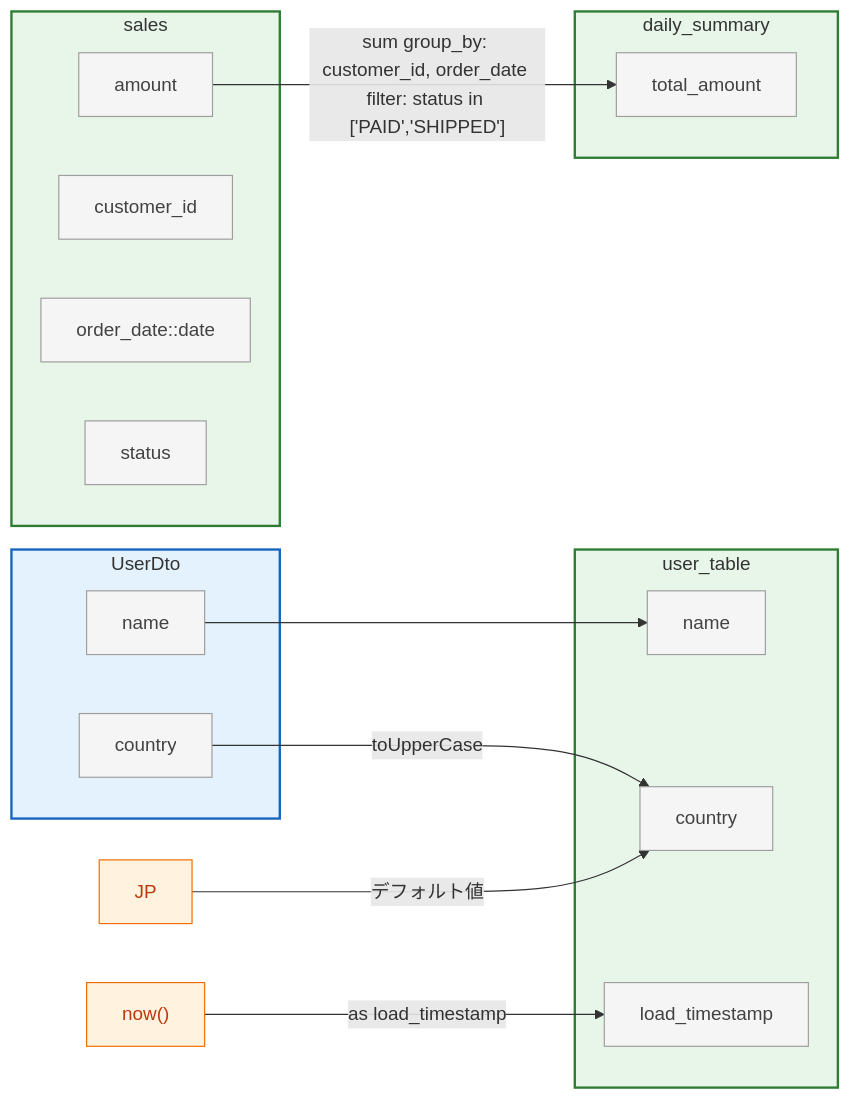
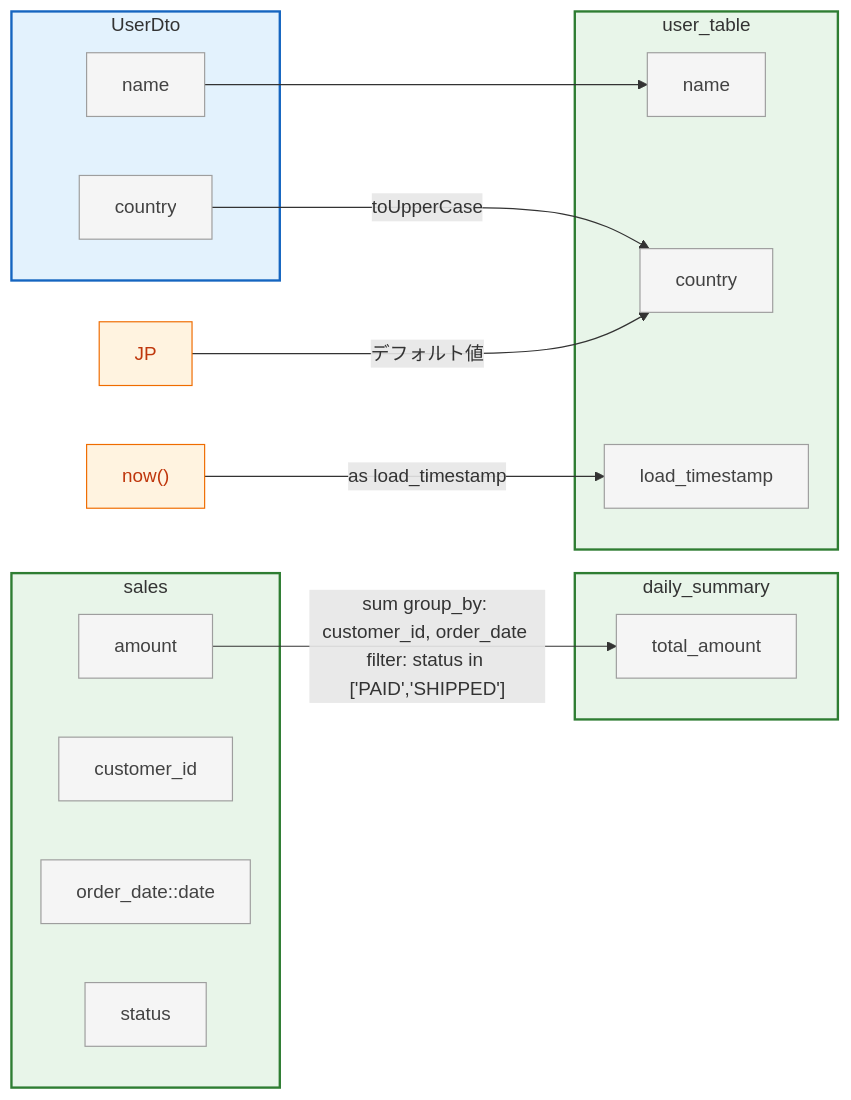
The diagram in test/lineage_to_md/expected/sample.md (suwa-sh/lineage-to-graph), drawn with Mermaid before and after one commit. The commit also changed other lines of this file and 8 other files, not shown here.

````diff
--- a/test/lineage_to_md/expected/sample.md
+++ b/test/lineage_to_md/expected/sample.md
@@ -1,41 +1,41 @@
 ```mermaid
 graph LR
   classDef program_bg fill:#E3F2FD,stroke:#1565C0,stroke-width:2px;
   classDef datastore_bg fill:#E8F5E9,stroke:#2E7D32,stroke-width:2px;
   classDef property fill:#F5F5F5,stroke:#9E9E9E,stroke-width:1px,color:#424242;
   classDef literal fill:#FFF3E0,stroke:#EF6C00,stroke-width:1px,color:#BF360C;
 
     subgraph UserDto[UserDto]
       UserDto_name["name"]:::property
       UserDto_country["country"]:::property
     end
     class UserDto program_bg
 
-    subgraph user_table[user_table]
-      user_table_name["name"]:::property
-      user_table_country["country"]:::property
-      user_table_load_timestamp["load_timestamp"]:::property
+    subgraph daily_summary[daily_summary]
+      daily_summary_total_amount["total_amount"]:::property
     end
-    class user_table datastore_bg
+    class daily_summary datastore_bg
 
     subgraph sales[sales]
       sales_amount["amount"]:::property
       sales_customer_id["customer_id"]:::property
       sales_order_date_date["order_date::date"]:::property
       sales_status["status"]:::property
     end
     class sales datastore_bg
 
-    subgraph daily_summary[daily_summary]
-      daily_summary_total_amount["total_amount"]:::property
+    subgraph user_table[user_table]
+      user_table_name["name"]:::property
+      user_table_country["country"]:::property
+      user_table_load_timestamp["load_timestamp"]:::property
     end
-    class daily_summary datastore_bg
+    class user_table datastore_bg
 
   UserDto_name --> user_table_name
   UserDto_country -->|"toUpperCase"| user_table_country
   lit_1["JP"]:::literal
   lit_1 -->|"デフォルト値"| user_table_country
   lit_2["now()"]:::literal
   lit_2 -->|"as load_timestamp"| user_table_load_timestamp
   sales_amount -->|"sum group_by: customer_id, order_date filter: status in ['PAID','SHIPPED']"| daily_summary_total_amount
 ```
````
